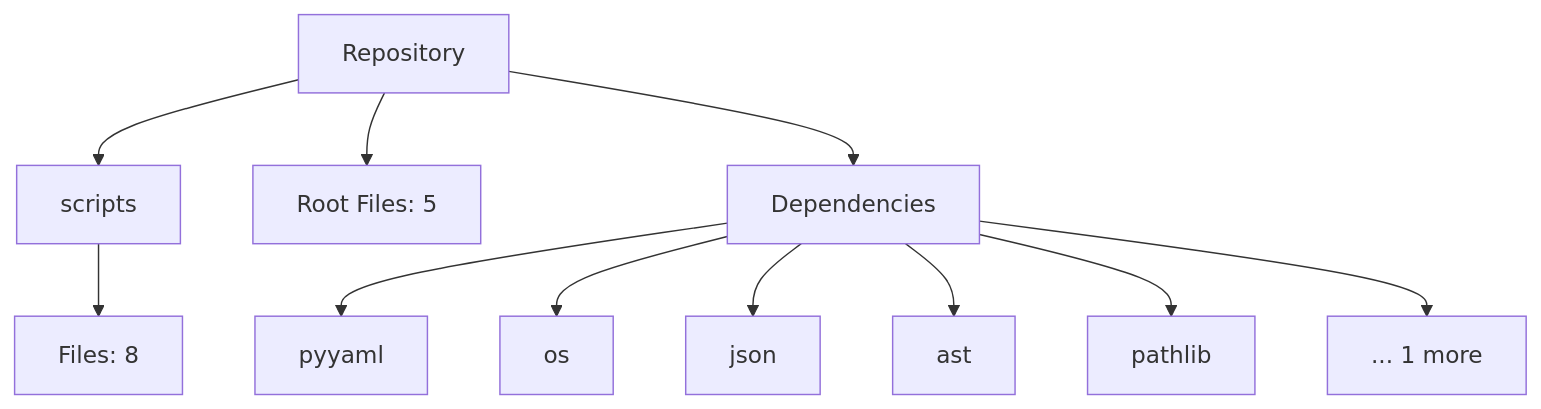
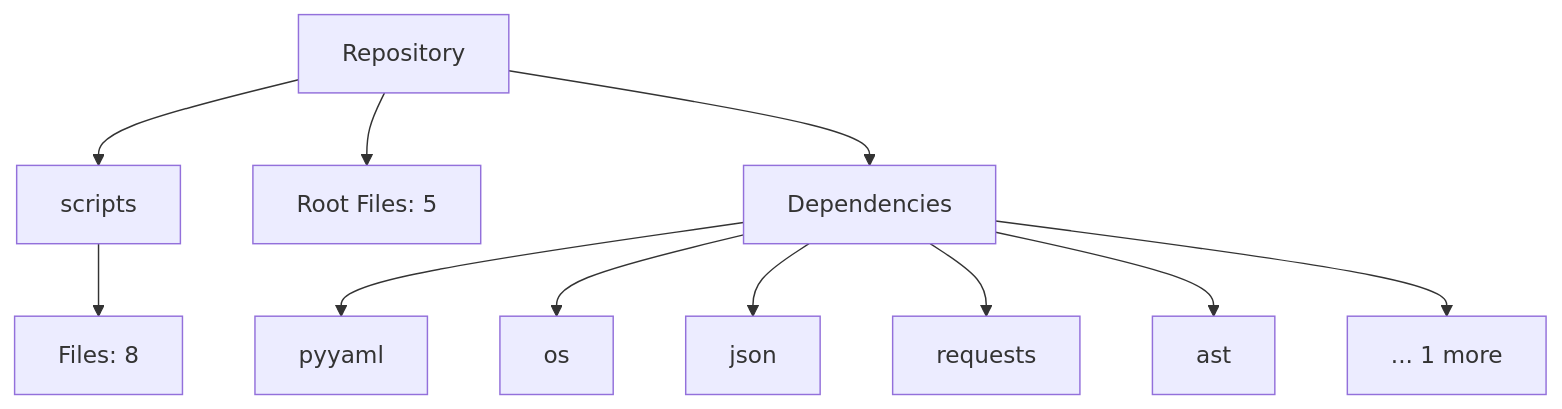
Before and after one commit to NITISH-R-G/Smart-Task-Tracker-macOS-Dark-Edition-: the diagram in README.md, drawn with Mermaid. The commit also changed 4 other files, not shown here.

Commit message:
docs(auto): Automatically update repository architecture and README

````diff
--- a/README.md
+++ b/README.md
@@ -17,15 +17,15 @@
 ```mermaid
 graph TD
     Root[Repository]
     Root --> scripts[scripts]
     scripts --> scripts_files[Files: 8]
     Root --> Root_files[Root Files: 5]
     Root --> Deps[Dependencies]
     Deps --> pyyaml[pyyaml]
     Deps --> os[os]
     Deps --> json[json]
+    Deps --> requests[requests]
     Deps --> ast[ast]
-    Deps --> pathlib[pathlib]
     Deps --> MoreDeps[... 1 more]
 
 ```
````
